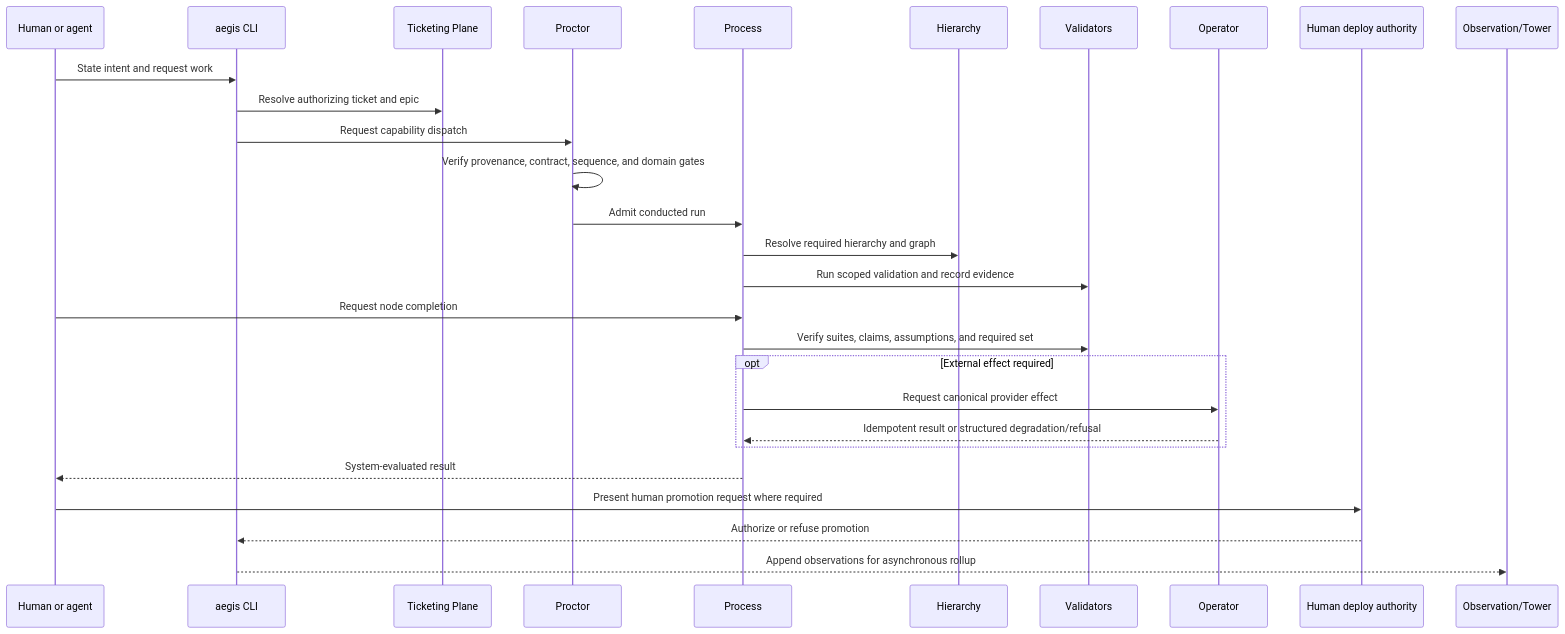
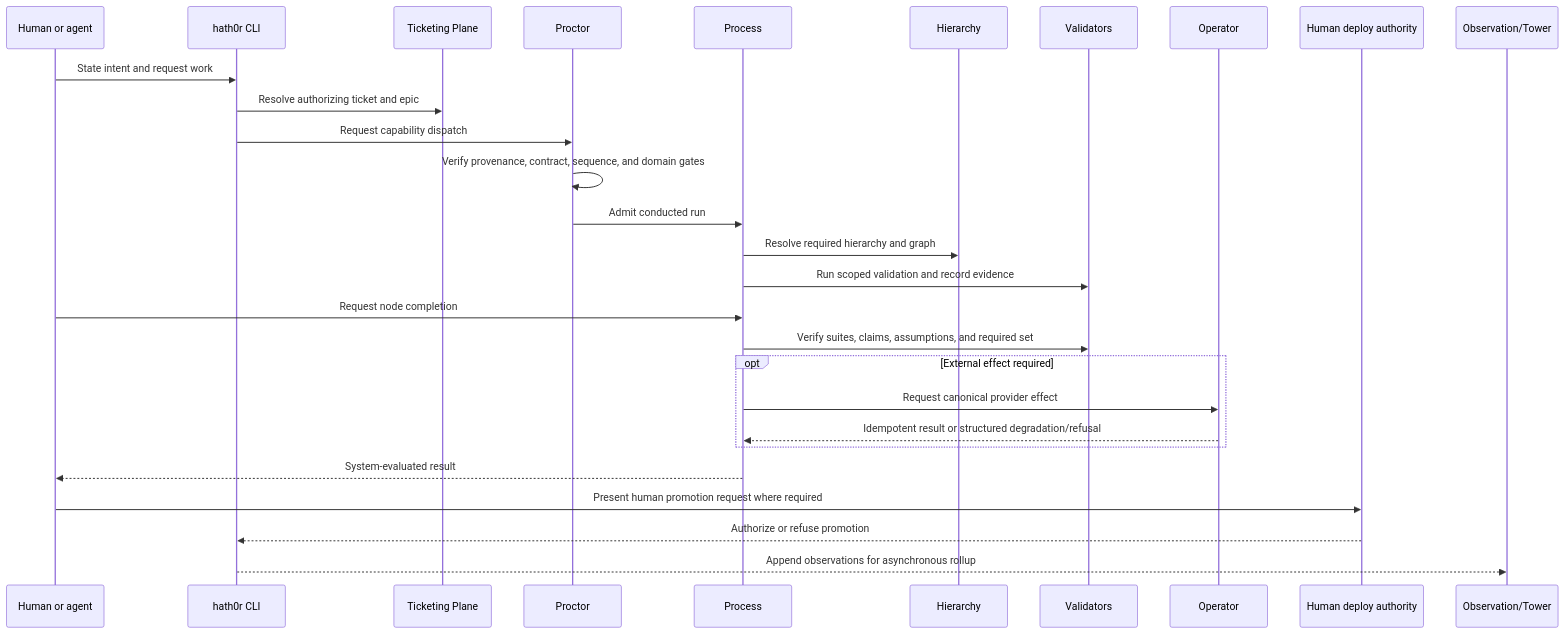
One commit to Bayly-AI/HATH0R-Agentic-Framework changed the first of 2 diagrams in docs/business/04-operating-model.md. Above: the diagram before and after it, drawn with Mermaid. The commit also changed other lines of this file and 126 other files, not shown here.

````diff
--- a/docs/business/04-operating-model.md
+++ b/docs/business/04-operating-model.md
@@ -116,31 +116,31 @@
 ```mermaid
 sequenceDiagram
   participant U as Human or agent
-  participant C as aegis CLI
+  participant C as hath0r CLI
   participant T as Ticketing Plane
   participant P as Proctor
   participant R as Process
   participant H as Hierarchy
   participant V as Validators
   participant O as Operator
   participant D as Human deploy authority
   participant B as Observation/Tower
 
   U->>C: State intent and request work
   C->>T: Resolve authorizing ticket and epic
   C->>P: Request capability dispatch
   P->>P: Verify provenance, contract, sequence, and domain gates
   P->>R: Admit conducted run
   R->>H: Resolve required hierarchy and graph
   R->>V: Run scoped validation and record evidence
   U->>R: Request node completion
   R->>V: Verify suites, claims, assumptions, and required set
   opt External effect required
     R->>O: Request canonical provider effect
     O-->>R: Idempotent result or structured degradation/refusal
   end
   R-->>U: System-evaluated result
   U->>D: Present human promotion request where required
   D-->>C: Authorize or refuse promotion
   C-->>B: Append observations for asynchronous rollup
 ```
````
